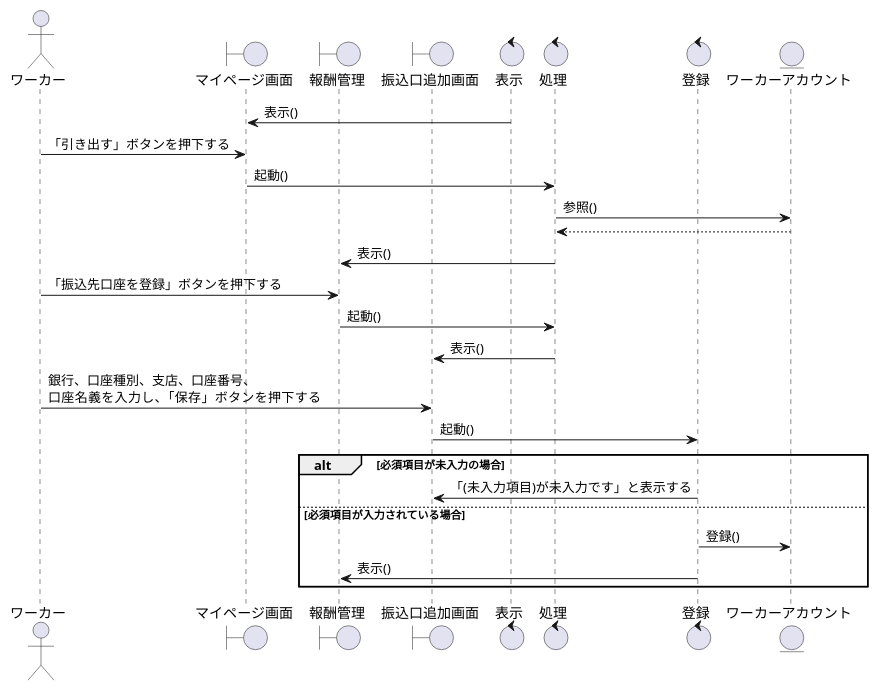
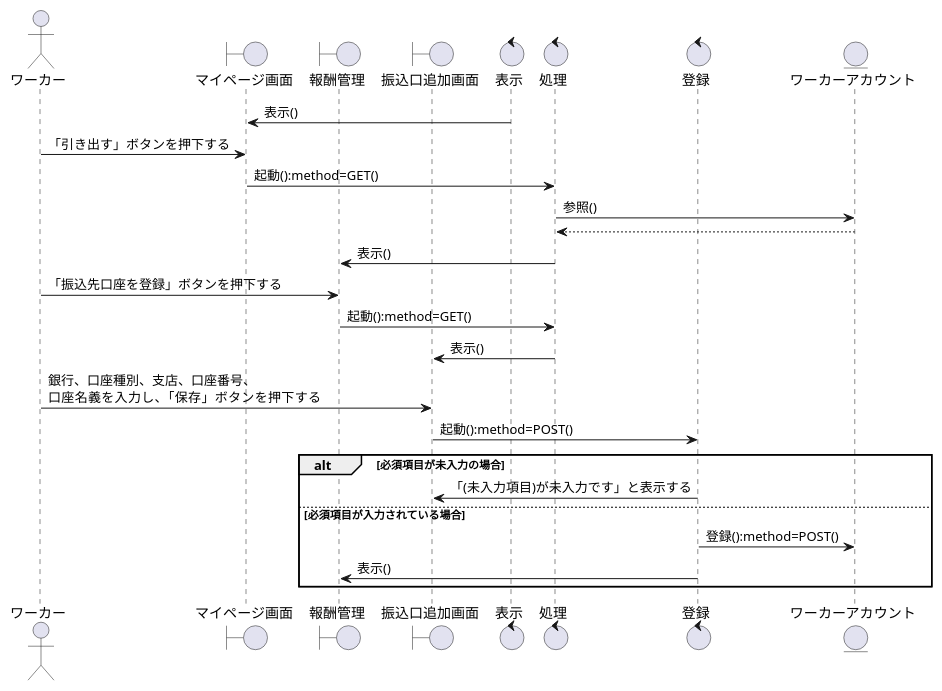
The diagram in sequence_fig/7_acconts_fn/05_口座の編集をする.pu (irukacb256/high_Me), drawn with PlantUML before and after one commit. The commit also changed 13 other files, not shown here.

```diff
--- a/sequence_fig/7_acconts_fn/05_口座の編集をする.pu
+++ b/sequence_fig/7_acconts_fn/05_口座の編集をする.pu
@@ -1,38 +1,38 @@
 @startuml 口座の編集をする
 
 actor ワーカー as wo1
 
 boundary マイページ画面 as bo1
 
 boundary 報酬管理 as bo1
 boundary 報酬管理 as bo2
 boundary 振込口追加画面 as bo3
 
 control 表示 as co1
 control 処理 as co2
 control 登録 as co3
 
 entity ワーカーアカウント as en1
 
 co1 -> bo1:表示()
 wo1 -> bo1:「引き出す」ボタンを押下する
-bo1 -> co2:起動()
+bo1 -> co2:起動():method=GET()
 co2 -> en1:参照()
 en1 --> co2
 
 co2 -> bo2:表示()
 wo1 -> bo2:「振込先口座を登録」ボタンを押下する
-bo2 -> co2:起動()
+bo2 -> co2:起動():method=GET()
 co2 -> bo3:表示()
 wo1 -> bo3:銀行、口座種別、支店、口座番号、\n口座名義を入力し、「保存」ボタンを押下する
-bo3 -> co3:起動()
+bo3 -> co3:起動():method=POST()
 alt 必須項目が未入力の場合
     co3 -> bo3:「(未入力項目)が未入力です」と表示する
 
 else 必須項目が入力されている場合
-    co3 -> en1:登録()
+    co3 -> en1:登録():method=POST()
     co3 -> bo2:表示()
 
 end
 
 @enduml
```
